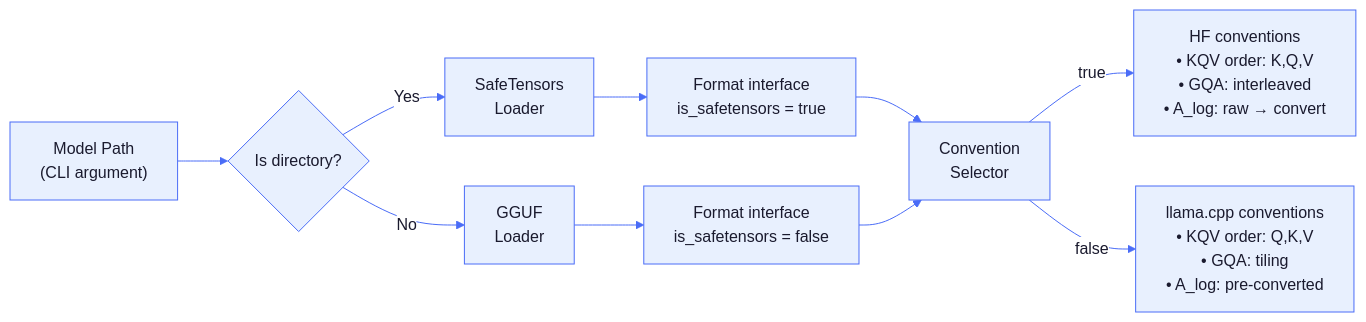
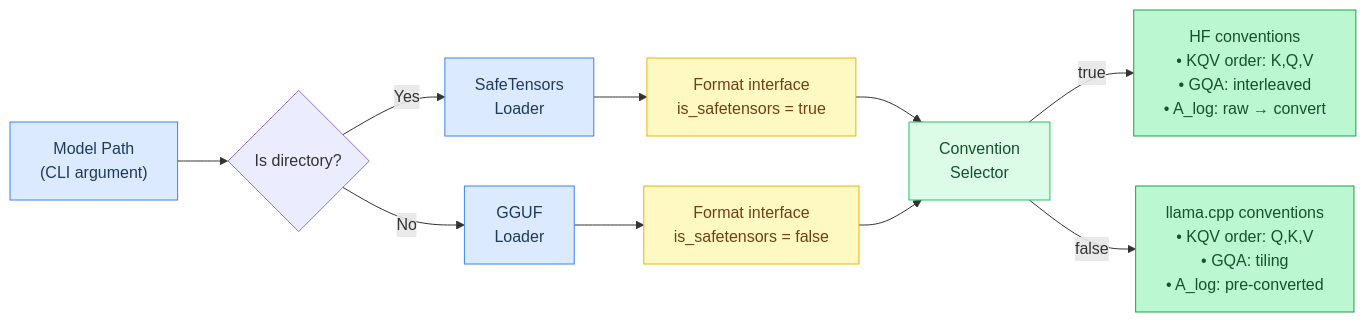
The first of 9 diagrams in docs/tutorial/14-format-conventions.md (maci0/agave), drawn with Mermaid before and after one commit. The commit also changed other lines of this file and 24 other files, not shown here.

First line of the commit message:
docs: convert all mermaid diagrams to classDef semantic colors

````diff
--- a/docs/tutorial/14-format-conventions.md
+++ b/docs/tutorial/14-format-conventions.md
@@ -25,29 +25,28 @@
 ```mermaid
-%%{init: {'theme': 'base', 'themeVariables': {
-  'primaryColor': '#e8f0fe',
-  'primaryTextColor': '#1a1a2e',
-  'primaryBorderColor': '#4a6cf7',
-  'lineColor': '#4a6cf7',
-  'secondaryColor': '#f0f4ff',
-  'tertiaryColor': '#f8f9ff',
-  'edgeLabelBackground': '#ffffff',
-  'clusterBkg': '#f0f4ff',
-  'clusterBorder': '#4a6cf7',
-  'titleColor': '#1a1a2e',
-  'nodeTextColor': '#1a1a2e',
-  'fontFamily': 'ui-monospace, SFMono-Regular, monospace'
-}}}%%
 flowchart LR
-    Path["Model Path\n(CLI argument)"] --> Check{"Is directory?"}
-    Check -->|"Yes"| ST["SafeTensors\nLoader"]
-    Check -->|"No"| GG["GGUF\nLoader"]
+    classDef setup     fill:#dbeafe,stroke:#3b82f6,color:#1e3a5f
+    classDef sync      fill:#dcfce7,stroke:#22c55e,color:#14532d
+    classDef migration fill:#fef9c3,stroke:#eab308,color:#713f12
+    classDef success   fill:#bbf7d0,stroke:#16a34a,color:#14532d
+    classDef danger    fill:#fee2e2,stroke:#ef4444,color:#7f1d1d
+    classDef optional  fill:#f3e8ff,stroke:#9333ea,color:#581c87
 
-    ST --> FmtST["Format interface\nis_safetensors = true"]
-    GG --> FmtGG["Format interface\nis_safetensors = false"]
+    Path["Model Path\n(CLI argument)"]:::setup
+    ST["SafeTensors\nLoader"]:::setup
+    GG["GGUF\nLoader"]:::setup
+    FmtST["Format interface\nis_safetensors = true"]:::migration
+    FmtGG["Format interface\nis_safetensors = false"]:::migration
+    Conv["Convention\nSelector"]:::sync
+    HFConv["HF conventions\n• KQV order: K,Q,V\n• GQA: interleaved\n• A_log: raw → convert"]:::success
+    LLConv["llama.cpp conventions\n• KQV order: Q,K,V\n• GQA: tiling\n• A_log: pre-converted"]:::success
 
-    FmtST --> Conv["Convention\nSelector"]
+    Path --> Check{"Is directory?"}
+    Check -->|"Yes"| ST
+    Check -->|"No"| GG
+    ST --> FmtST
+    GG --> FmtGG
+    FmtST --> Conv
     FmtGG --> Conv
-
-    Conv -->|"true"| HFConv["HF conventions\n• KQV order: K,Q,V\n• GQA: interleaved\n• A_log: raw → convert"]
-    Conv -->|"false"| LLConv["llama.cpp conventions\n• KQV order: Q,K,V\n• GQA: tiling\n• A_log: pre-converted"]
+    Conv -->|"true"| HFConv
+    Conv -->|"false"| LLConv
 ```
````
